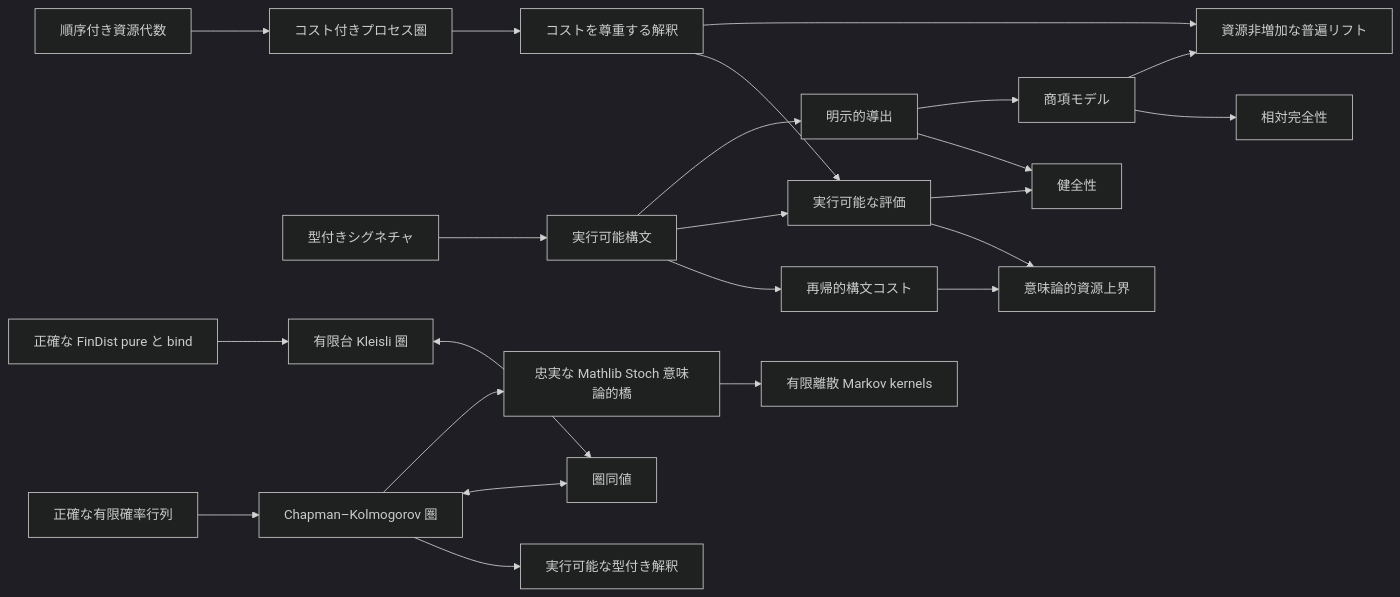
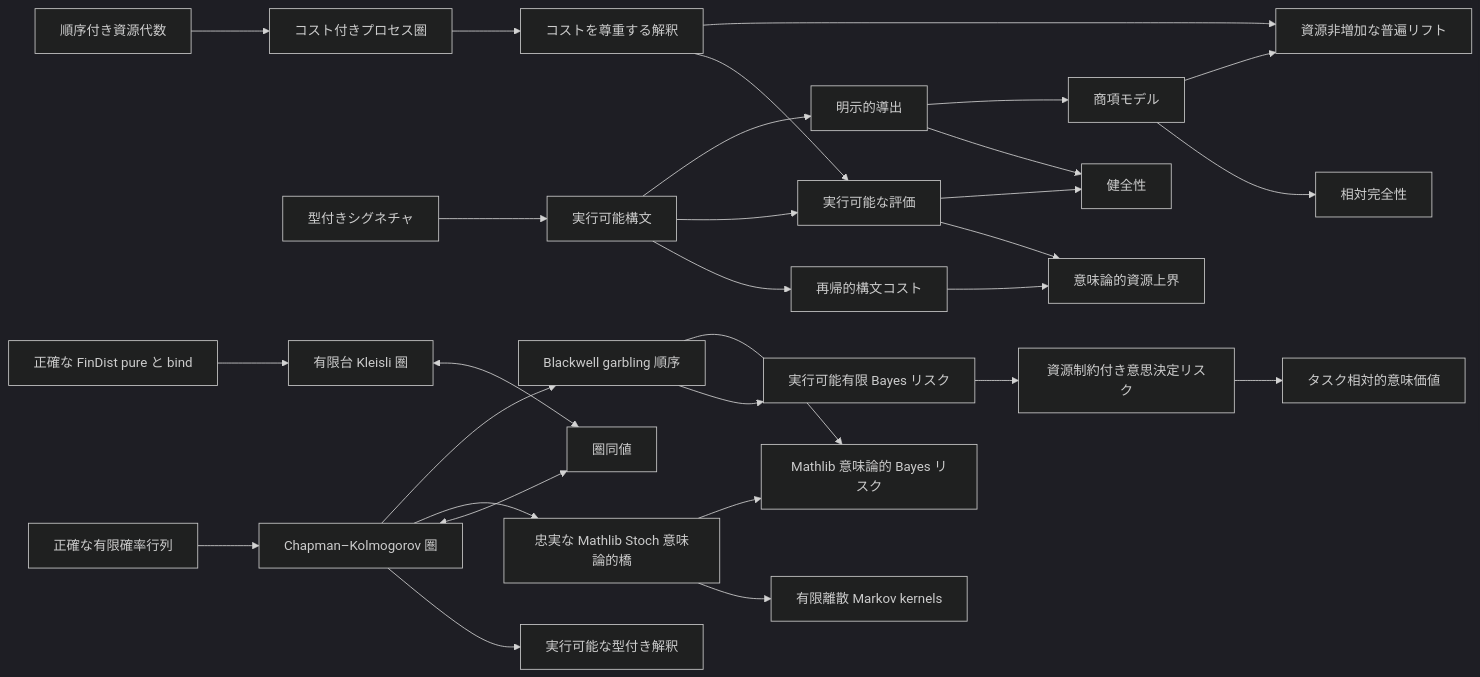
One commit to miuchan/ript changed the diagram in docs/README.ja.md. Above: the diagram before and after it, drawn with Mermaid (dark theme). The commit also changed other lines of this file and 15 other files, not shown here.

````diff
--- a/docs/README.ja.md
+++ b/docs/README.ja.md
@@ -270,25 +325,31 @@
 ```mermaid
 flowchart LR
   R["順序付き資源代数"] --> C["コスト付きプロセス圏"]
   S["型付きシグネチャ"] --> X["実行可能構文"]
   X --> K["再帰的構文コスト"]
   C --> I["コストを尊重する解釈"]
   X --> E["実行可能な評価"]
   I --> E
   K --> B["意味論的資源上界"]
   E --> B
   X --> D["明示的導出"]
   D --> SO["健全性"]
   E --> SO
   D --> T["商項モデル"]
   T --> CO["相対完全性"]
   I --> U["資源非増加な普遍リフト"]
   T --> U
   F["正確な有限確率行列"] --> CK["Chapman–Kolmogorov 圏"]
   CK --> EX["実行可能な型付き解釈"]
   FD["正確な FinDist pure と bind"] --> KL["有限台 Kleisli 圏"]
   CK <--> EQ["圏同値"]
   KL <--> EQ
   CK --> ST["忠実な Mathlib Stoch 意味論的橋"]
   ST --> MT["有限離散 Markov kernels"]
+  CK --> BW["Blackwell garbling 順序"]
+  ST --> SB["Mathlib 意味論的 Bayes リスク"]
+  BW --> FR["実行可能有限 Bayes リスク"]
+  FR --> RR["資源制約付き意思決定リスク"]
+  RR --> SV["タスク相対的意味価値"]
+  BW --> SB
 ```
````
